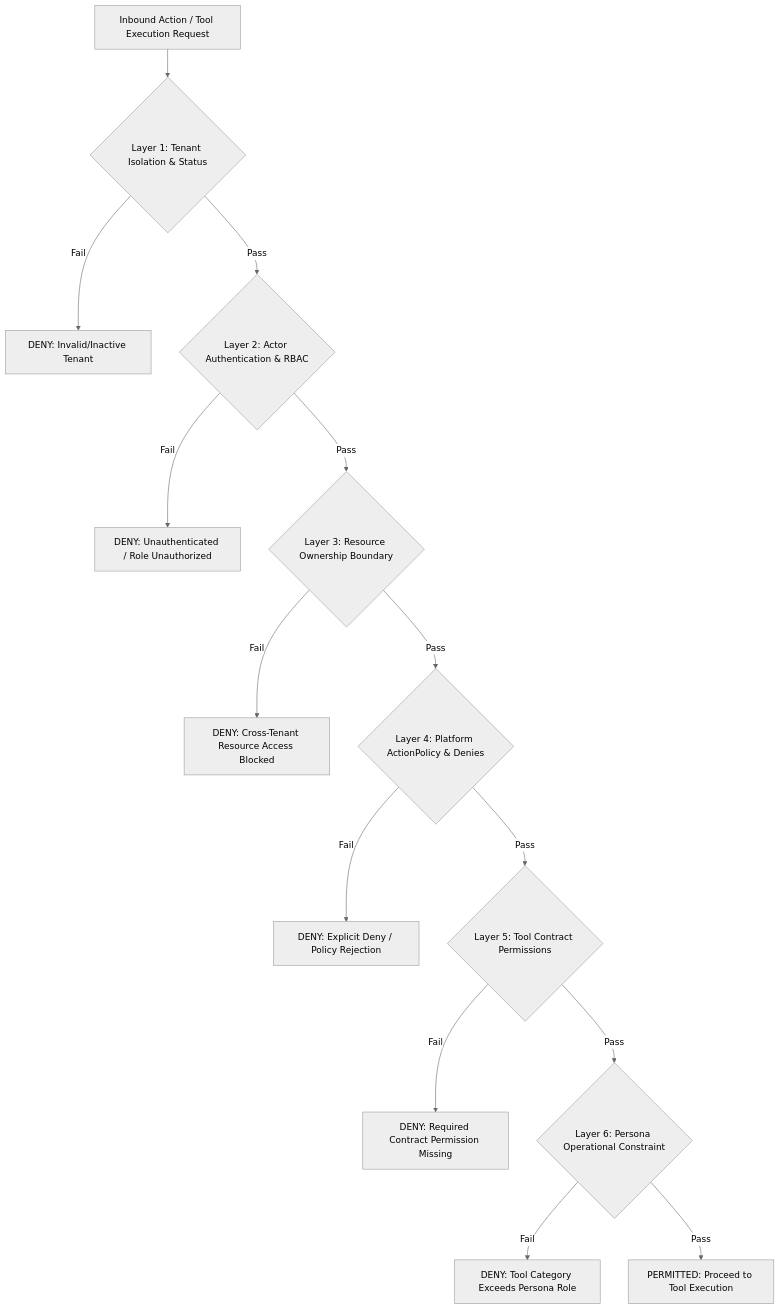
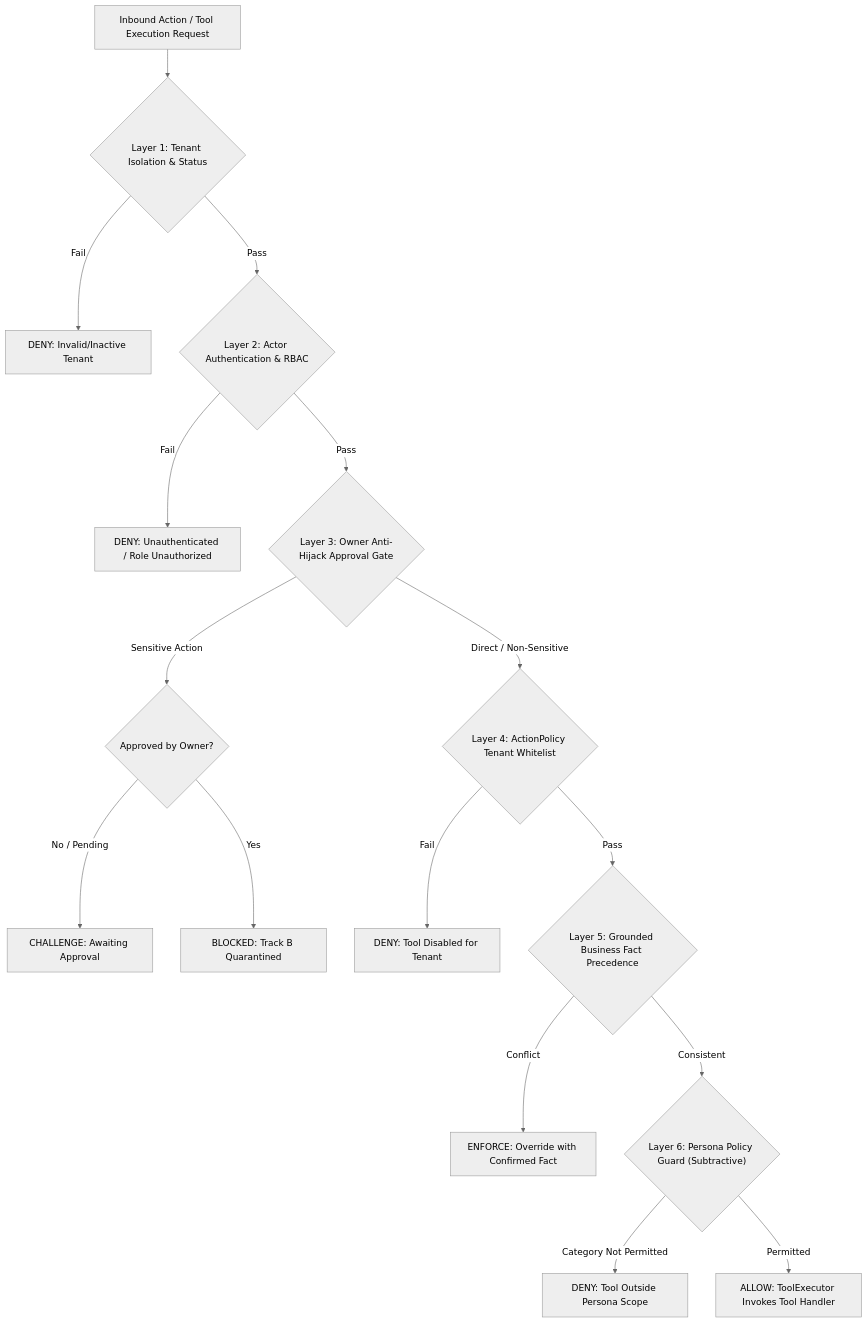
One commit to QQYC9/ai-employee-platform changed the first of 4 diagrams in docs/audit/phase-5/PHASE_5_PROPOSAL.md. Above: the diagram before and after it, drawn with Mermaid (neutral theme). The commit also changed other lines of this file, not shown here.

Commit message:
docs(phase-5): incorporate approved architectural decisions 1-20 into specification

````diff
--- a/docs/audit/phase-5/PHASE_5_PROPOSAL.md
+++ b/docs/audit/phase-5/PHASE_5_PROPOSAL.md
@@ -97,16 +112,18 @@
 ```mermaid
 flowchart TD
     REQ["Inbound Action / Tool Execution Request"] --> L1{"Layer 1: Tenant Isolation & Status"}
     L1 -->|Fail| D1["DENY: Invalid/Inactive Tenant"]
     L1 -->|Pass| L2{"Layer 2: Actor Authentication & RBAC"}
     L2 -->|Fail| D2["DENY: Unauthenticated / Role Unauthorized"]
-    L2 -->|Pass| L3{"Layer 3: Resource Ownership Boundary"}
-    L3 -->|Fail| D3["DENY: Cross-Tenant Resource Access Blocked"]
-    L3 -->|Pass| L4{"Layer 4: Platform ActionPolicy & Denies"}
-    L4 -->|Fail| D4["DENY: Explicit Deny / Policy Rejection"]
-    L4 -->|Pass| L5{"Layer 5: Tool Contract Permissions"}
-    L5 -->|Fail| D5["DENY: Required Contract Permission Missing"]
-    L5 -->|Pass| L6{"Layer 6: Persona Operational Constraint"}
-    L6 -->|Fail| D6["DENY: Tool Category Exceeds Persona Role"]
-    L6 -->|Pass| EXEC["PERMITTED: Proceed to Tool Execution"]
+    L2 -->|Pass| L3{"Layer 3: Owner Anti-Hijack Approval Gate"}
+    L3 -->|Sensitive Action| CHK_APP{"Approved by Owner?"}
+    CHK_APP -->|No / Pending| HOLD["CHALLENGE: Awaiting Approval"]
+    CHK_APP -->|Yes| BLK["BLOCKED: Track B Quarantined"]
+    L3 -->|Direct / Non-Sensitive| L4{"Layer 4: ActionPolicy Tenant Whitelist"}
+    L4 -->|Fail| D3["DENY: Tool Disabled for Tenant"]
+    L4 -->|Pass| L5{"Layer 5: Grounded Business Fact Precedence"}
+    L5 -->|Conflict| ADJ["ENFORCE: Override with Confirmed Fact"]
+    L5 -->|Consistent| L6{"Layer 6: Persona Policy Guard (Subtractive)"}
+    L6 -->|Category Not Permitted| D4["DENY: Tool Outside Persona Scope"]
+    L6 -->|Permitted| EXEC["ALLOW: ToolExecutor Invokes Tool Handler"]
 ```
````
